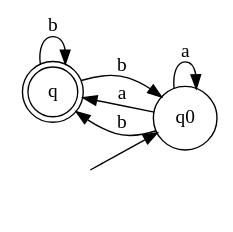
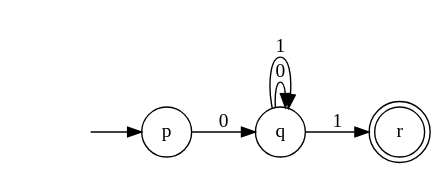
The diagram in NFA.gv (1475505/NFA2DFA), drawn with Graphviz before and after one commit. The commit also changed 8 other files, not shown here.

```diff
--- a/NFA.gv
+++ b/NFA.gv
@@ -1,13 +1,12 @@
 digraph NFA {
 	rankdir=LR size="8,5"
 	node [shape=doublecircle]
-	q
+	r
 	node [shape=circle]
-	q0 -> q0 [label=a]
-	q0 -> q [label=a]
-	q0 -> q [label=b]
-	q -> q0 [label=b]
-	q -> q [label=b]
+	p -> q [label=0]
+	q -> q [label=0]
+	q -> q [label=1]
+	q -> r [label=1]
 	node [shape=none]
-	"" -> q0
+	"" -> p
 }
```
